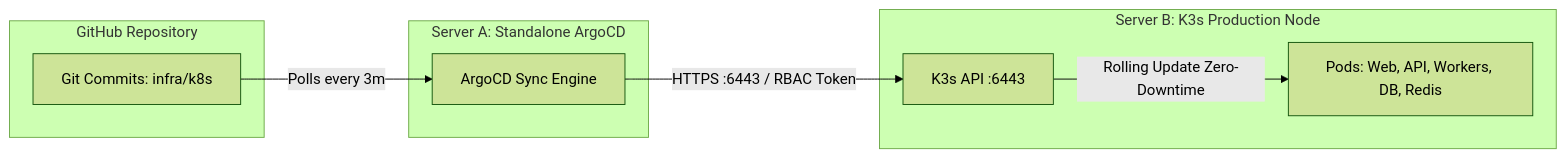
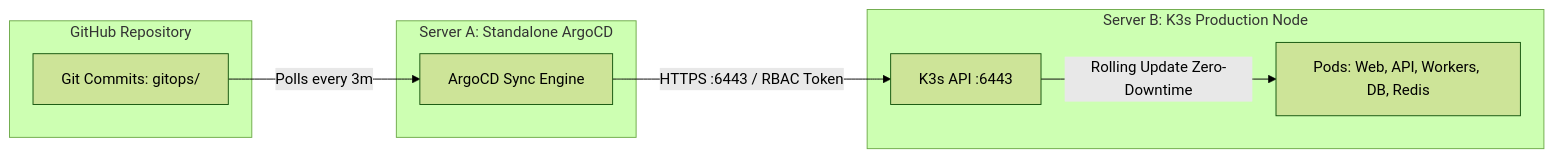
The first of 2 diagrams in docs/29-enterprise-devsecops-gitops-playbook.md (TuanStark/Stock-Intelligence-Saas), drawn with Mermaid (forest theme) before and after one commit. The commit also changed other lines of this file and 28 other files, not shown here.

````diff
--- a/docs/29-enterprise-devsecops-gitops-playbook.md
+++ b/docs/29-enterprise-devsecops-gitops-playbook.md
@@ -141,19 +155,19 @@
 ```mermaid
 graph LR
     subgraph Git_Repository [GitHub Repository]
-        Git[Git Commits: infra/k8s]
+        Git[Git Commits: gitops/]
     end
 
     subgraph Server_A [Server A: Standalone ArgoCD]
         Engine[ArgoCD Sync Engine]
     end
 
     subgraph Server_B [Server B: K3s Production Node]
         K3s[K3s API :6443]
         Pods[Pods: Web, API, Workers, DB, Redis]
     end
 
     Git -->|Polls every 3m| Engine
     Engine -->|HTTPS :6443 / RBAC Token| K3s
     K3s -->|Rolling Update Zero-Downtime| Pods
 ```
````
